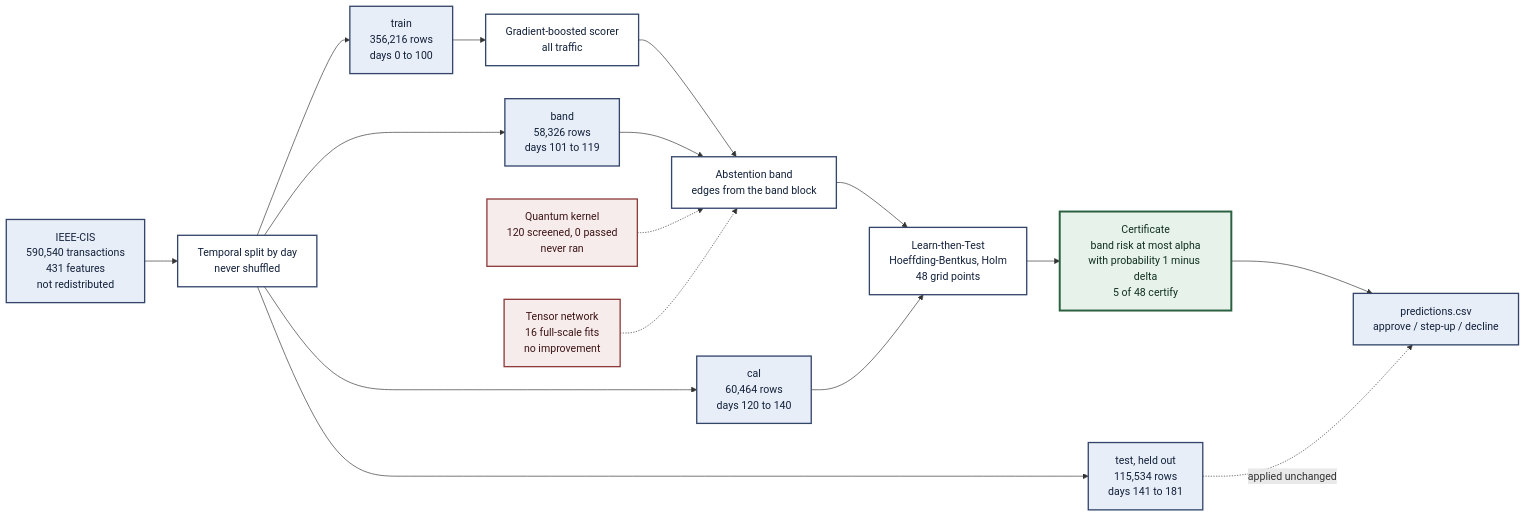
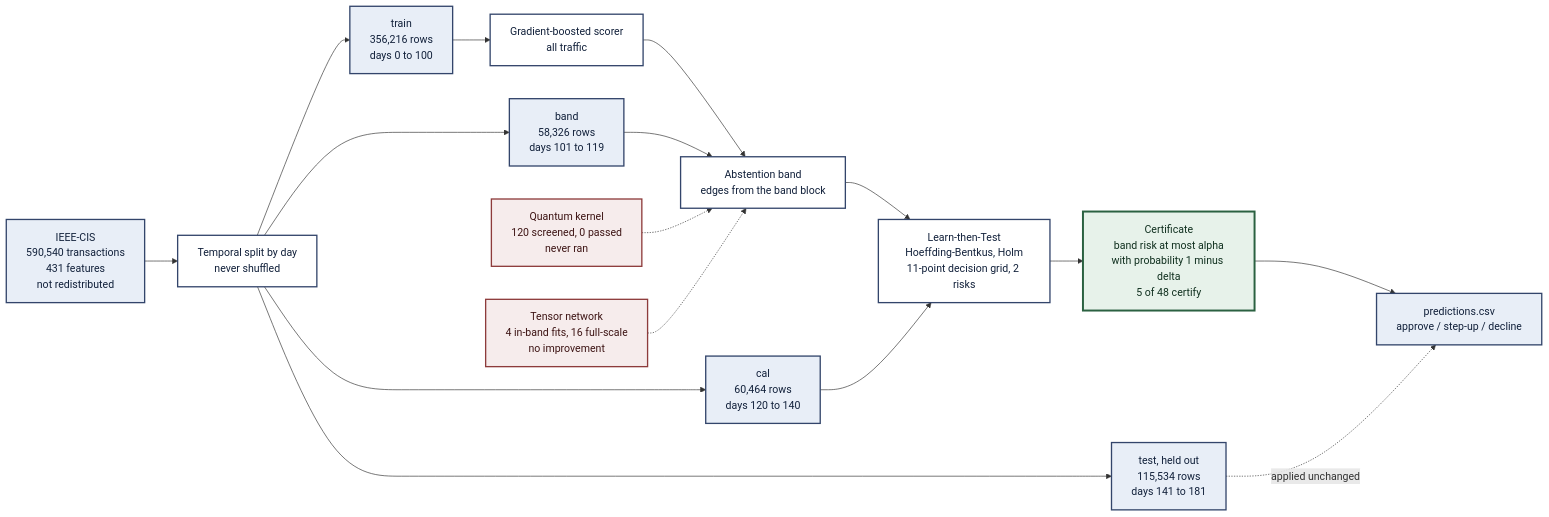
The diagram in README.md (thedaemon-wizard/Global_Quantum_AI_Challenge_HSBC), drawn with Mermaid before and after one commit. The commit also changed other lines of this file and 73 other files, not shown here.

````diff
--- a/README.md
+++ b/README.md
@@ -106,40 +110,40 @@
 ```mermaid
 flowchart LR
   classDef data fill:#e8eef7,stroke:#33456b,stroke-width:2px,color:#11203a
   classDef step fill:#ffffff,stroke:#33456b,stroke-width:2px,color:#11203a
   classDef cert fill:#e7f2ea,stroke:#2b6141,stroke-width:3px,color:#10301f
   classDef dead fill:#f6ecec,stroke:#8d3b3b,stroke-width:2px,color:#3d1414
 
   SRC["IEEE-CIS<br/>590,540 transactions<br/>431 features<br/>not redistributed"]:::data
   SPL["Temporal split by day<br/>never shuffled"]:::step
 
   TRN["train<br/>356,216 rows<br/>days 0 to 100"]:::data
   BND["band<br/>58,326 rows<br/>days 101 to 119"]:::data
   CAL["cal<br/>60,464 rows<br/>days 120 to 140"]:::data
   TST["test, held out<br/>115,534 rows<br/>days 141 to 181"]:::data
 
   GBDT["Gradient-boosted scorer<br/>all traffic"]:::step
   BAND["Abstention band<br/>edges from the band block"]:::step
-  LTT["Learn-then-Test<br/>Hoeffding-Bentkus, Holm<br/>48 grid points"]:::step
+  LTT["Learn-then-Test<br/>Hoeffding-Bentkus, Holm<br/>11-point decision grid, 2 risks"]:::step
   CERT["Certificate<br/>band risk at most alpha<br/>with probability 1 minus delta<br/>5 of 48 certify"]:::cert
   OUT["predictions.csv<br/>approve / step-up / decline"]:::data
 
   KER["Quantum kernel<br/>120 screened, 0 passed<br/>never ran"]:::dead
-  MPS["Tensor network<br/>16 full-scale fits<br/>no improvement"]:::dead
+  MPS["Tensor network<br/>4 in-band fits, 16 full-scale<br/>no improvement"]:::dead
 
   SRC --> SPL
   SPL --> TRN
   SPL --> BND
   SPL --> CAL
   SPL --> TST
   TRN --> GBDT
   GBDT --> BAND
   BND --> BAND
   BAND --> LTT
   CAL --> LTT
   LTT --> CERT
   CERT --> OUT
   TST -. applied unchanged .-> OUT
   KER -.-> BAND
   MPS -.-> BAND
 ```
````
